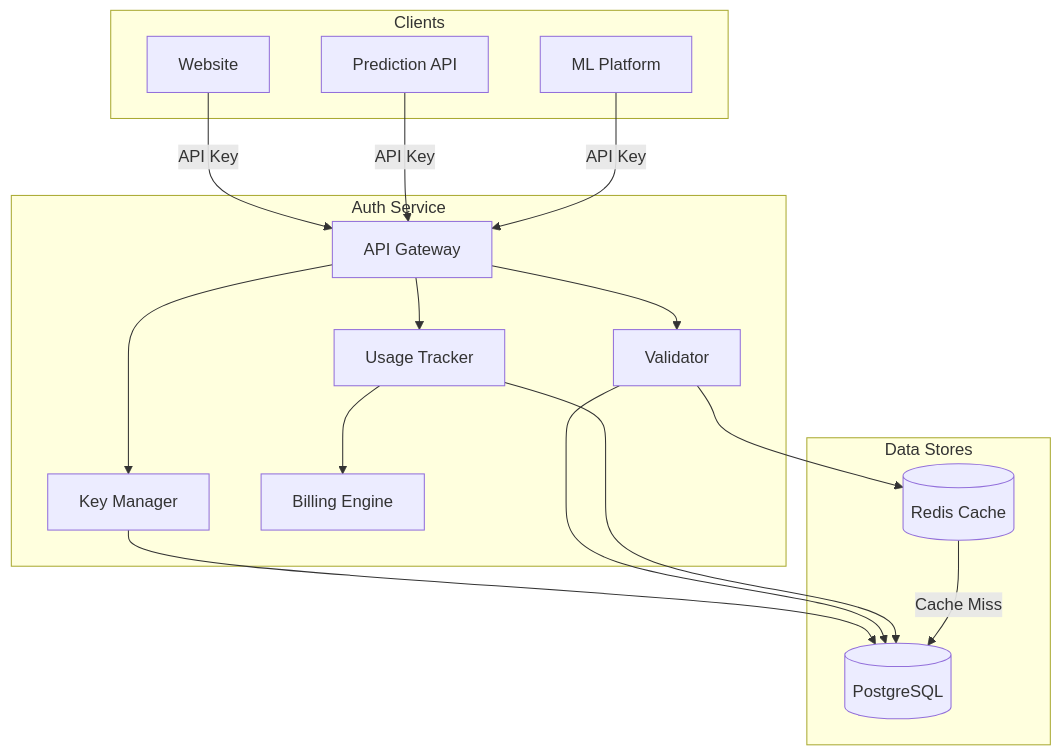
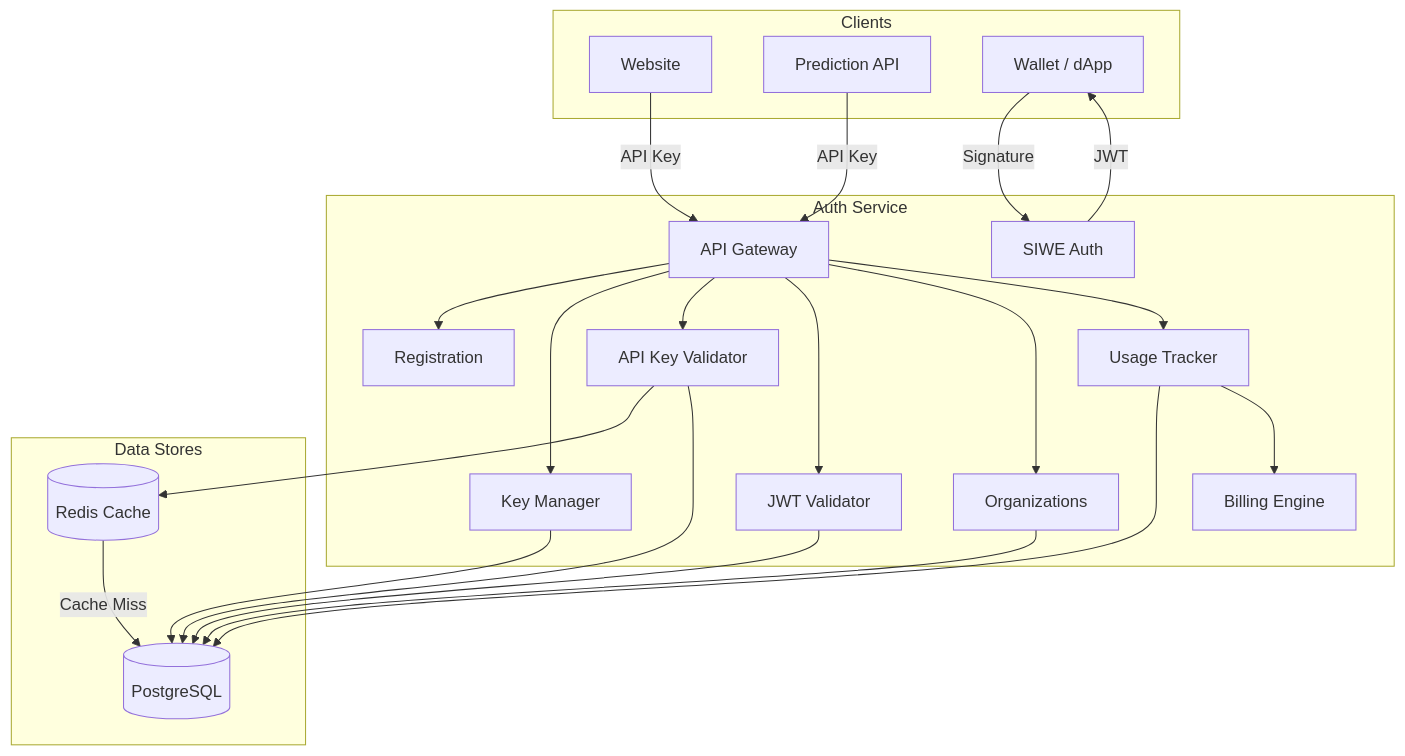
The diagram in docs/docs/authentication/overview.md (Hokusai-protocol/hokusai-docs), drawn with Mermaid before and after one commit. The commit also changed other lines of this file and 8 other files, not shown here.

First line of the commit message:
docs: update auth documentation for registration, SIWE, orgs, and JWT validation

````diff
--- a/docs/docs/authentication/overview.md
+++ b/docs/docs/authentication/overview.md
@@ -14,34 +14,44 @@
 ```mermaid
 graph TB
     subgraph Clients
         WEB[Website]
         PRED[Prediction API]
-        MLP[ML Platform]
+        WALLET[Wallet / dApp]
     end
 
     subgraph Auth Service
         API[API Gateway]
+        REG[Registration]
+        SIWE[SIWE Auth]
         KM[Key Manager]
-        VAL[Validator]
+        VAL[API Key Validator]
+        JWT[JWT Validator]
+        ORG[Organizations]
         USG[Usage Tracker]
         BIL[Billing Engine]
     end
 
     subgraph Data Stores
         PG[(PostgreSQL)]
         RD[(Redis Cache)]
     end
 
     WEB -->|API Key| API
     PRED -->|API Key| API
-    MLP -->|API Key| API
+    WALLET -->|Signature| SIWE
+    API --> REG
     API --> KM
     API --> VAL
+    API --> JWT
+    API --> ORG
     API --> USG
+    SIWE -->|JWT| WALLET
     KM --> PG
     VAL --> RD
     VAL --> PG
+    JWT --> PG
+    ORG --> PG
     USG --> PG
     USG --> BIL
     RD -->|Cache Miss| PG
 ```
````
